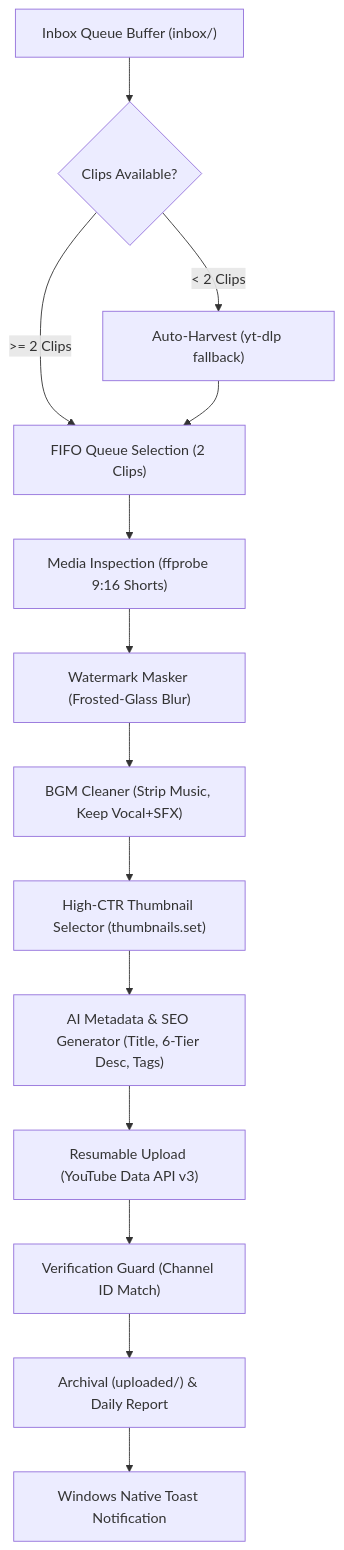
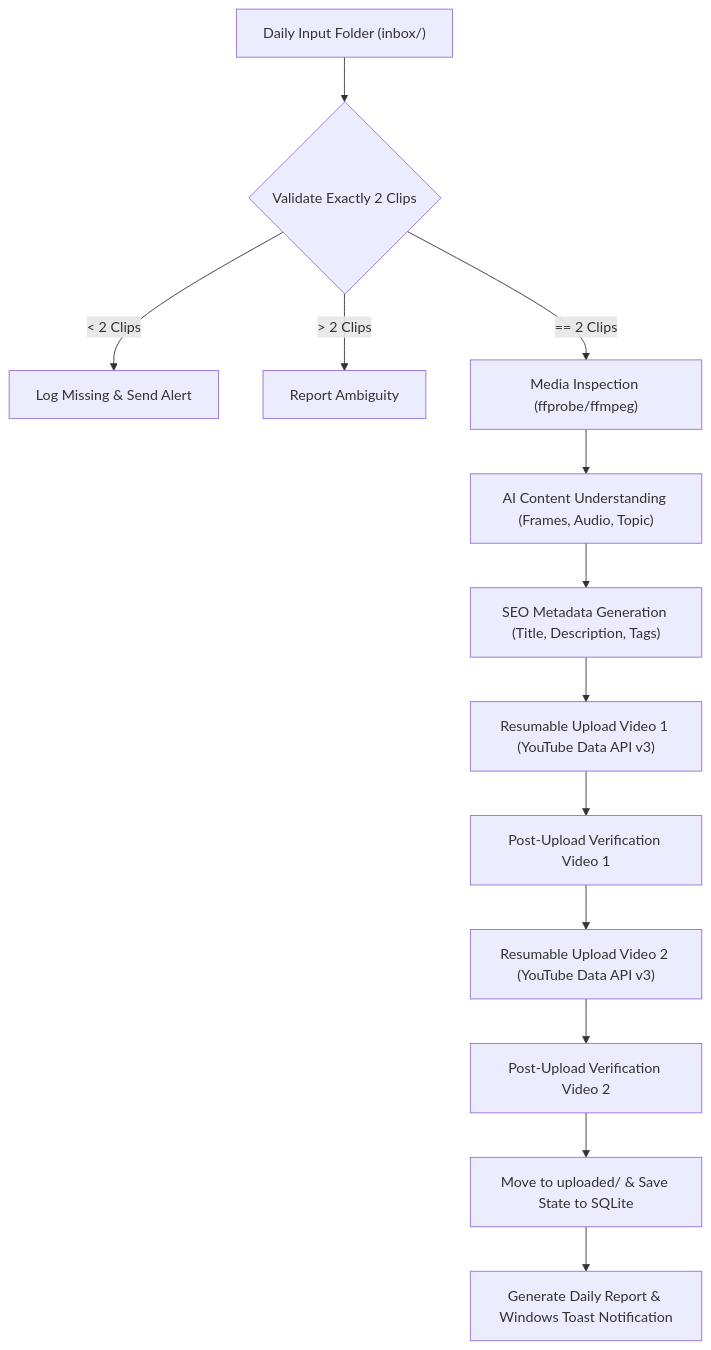
Before and after one commit to Unstocks/YT-Manager-Automation-System-: the diagram in README.md, drawn with Mermaid. The commit also changed other lines of this file and 26 other files, not shown here.

Commit message:
feat(yt-manager): streamline YouTube automation engine, dynamic metadata, and 6 PM scheduler

````diff
--- a/README.md
+++ b/README.md
@@ -18,16 +21,15 @@
 ```mermaid
 flowchart TD
-    A["Inbox Queue Buffer (inbox/)"] --> B{"Clips Available?"}
-    B -- ">= 2 Clips" --> C["FIFO Queue Selection (2 Clips)"]
-    B -- "< 2 Clips" --> D["Auto-Harvest (yt-dlp fallback)"]
-    D --> C
-    C --> E["Media Inspection (ffprobe 9:16 Shorts)"]
-    E --> F["Watermark Masker (Frosted-Glass Blur)"]
-    F --> G["BGM Cleaner (Strip Music, Keep Vocal+SFX)"]
-    G --> H["High-CTR Thumbnail Selector (thumbnails.set)"]
-    H --> I["AI Metadata & SEO Generator (Title, 6-Tier Desc, Tags)"]
-    I --> J["Resumable Upload (YouTube Data API v3)"]
-    J --> K["Verification Guard (Channel ID Match)"]
-    K --> L["Archival (uploaded/) & Daily Report"]
-    L --> M["Windows Native Toast Notification"]
+    A["Daily Input Folder (inbox/)"] --> B{"Validate Exactly 2 Clips"}
+    B -- "< 2 Clips" --> C["Log Missing & Send Alert"]
+    B -- "> 2 Clips" --> D["Report Ambiguity"]
+    B -- "== 2 Clips" --> E["Media Inspection (ffprobe/ffmpeg)"]
+    E --> F["AI Content Understanding (Frames, Audio, Topic)"]
+    F --> G["SEO Metadata Generation (Title, Description, Tags)"]
+    G --> H["Resumable Upload Video 1 (YouTube Data API v3)"]
+    H --> I["Post-Upload Verification Video 1"]
+    I --> J["Resumable Upload Video 2 (YouTube Data API v3)"]
+    J --> K["Post-Upload Verification Video 2"]
+    K --> L["Move to uploaded/ & Save State to SQLite"]
+    L --> M["Generate Daily Report & Windows Toast Notification"]
 ```
````
